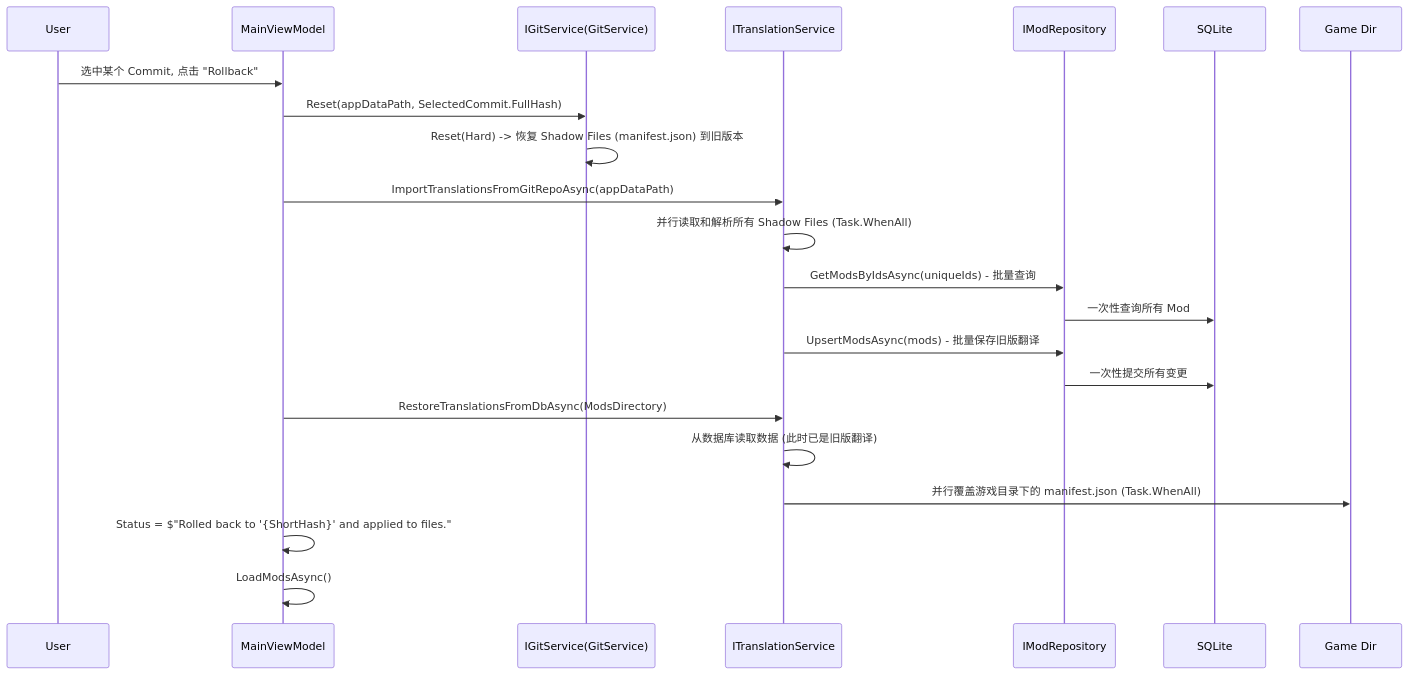
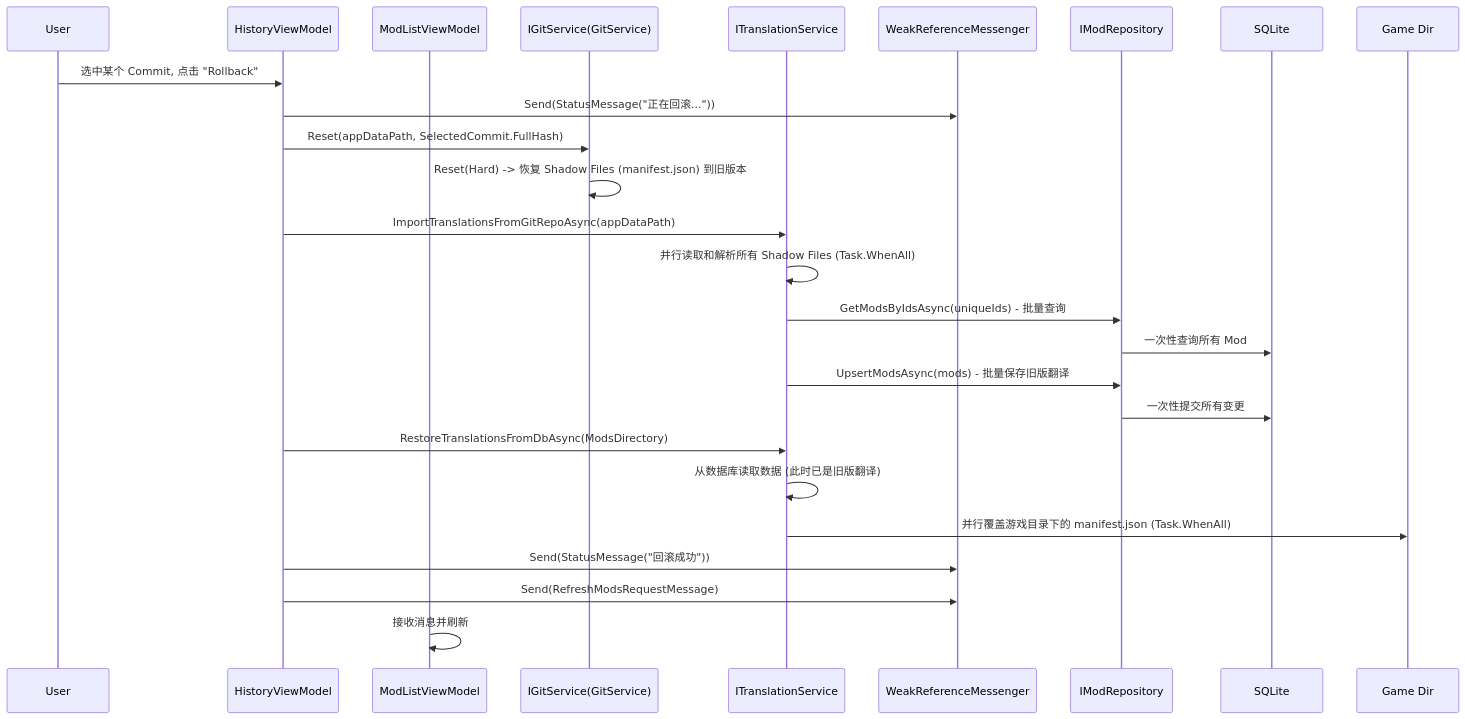
Before and after one commit to Sisyphean-a/SMTMS: diagram 11 of 11 in docs/ARCHITECTURE.md, drawn with Mermaid. The commit also changed other lines of this file and 12 other files, not shown here.

````diff
--- a/docs/ARCHITECTURE.md
+++ b/docs/ARCHITECTURE.md
@@ -376,27 +410,31 @@
 ```mermaid
 sequenceDiagram
     participant U as User
-    participant VM as MainViewModel
+    participant HistoryVM as HistoryViewModel
+    participant ModListVM as ModListViewModel
     participant Git as IGitService(GitService)
     participant TS as ITranslationService
+    participant Msg as WeakReferenceMessenger
     participant Repo as IModRepository
     participant DB as SQLite
 
-    U->>VM: 选中某个 Commit, 点击 "Rollback"
-    VM->>Git: Reset(appDataPath, SelectedCommit.FullHash)
+    U->>HistoryVM: 选中某个 Commit, 点击 "Rollback"
+    HistoryVM->>Msg: Send(StatusMessage("正在回滚..."))
+    HistoryVM->>Git: Reset(appDataPath, SelectedCommit.FullHash)
     Git->>Git: Reset(Hard) -> 恢复 Shadow Files (manifest.json) 到旧版本
 
-    VM->>TS: ImportTranslationsFromGitRepoAsync(appDataPath)
+    HistoryVM->>TS: ImportTranslationsFromGitRepoAsync(appDataPath)
     TS->>TS: 并行读取和解析所有 Shadow Files (Task.WhenAll)
     TS->>Repo: GetModsByIdsAsync(uniqueIds) - 批量查询
     Repo->>DB: 一次性查询所有 Mod
     TS->>Repo: UpsertModsAsync(mods) - 批量保存旧版翻译
     Repo->>DB: 一次性提交所有变更
 
-    VM->>TS: RestoreTranslationsFromDbAsync(ModsDirectory)
+    HistoryVM->>TS: RestoreTranslationsFromDbAsync(ModsDirectory)
     TS->>TS: 从数据库读取数据 (此时已是旧版翻译)
     TS->>Game Dir: 并行覆盖游戏目录下的 manifest.json (Task.WhenAll)
 
-    VM->>VM: Status = $"Rolled back to '{ShortHash}' and applied to files."
-    VM->>VM: LoadModsAsync()
+    HistoryVM->>Msg: Send(StatusMessage("回滚成功"))
+    HistoryVM->>Msg: Send(RefreshModsRequestMessage)
+    ModListVM->>ModListVM: 接收消息并刷新
 ```
````
